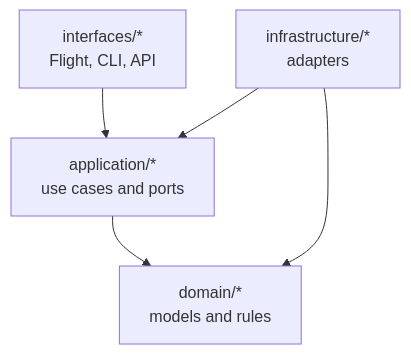
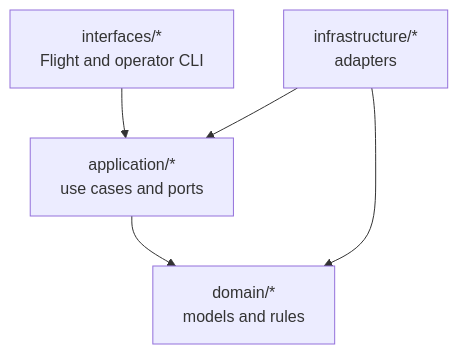
The first of 2 diagrams in docs/development.md (snithish/dal-obscura), drawn with Mermaid before and after one commit. The commit also changed other lines of this file and 3 other files, not shown here.

````diff
--- a/docs/development.md
+++ b/docs/development.md
@@ -25,7 +24,7 @@
 ```mermaid
 flowchart TB
-    interfaces["interfaces/*\nFlight, CLI, API"] --> app["application/*\nuse cases and ports"]
+    interfaces["interfaces/*\nFlight and operator CLI"] --> app["application/*\nuse cases and ports"]
     app --> domain["domain/*\nmodels and rules"]
     infra["infrastructure/*\nadapters"] --> app
     infra --> domain
 ```
````
